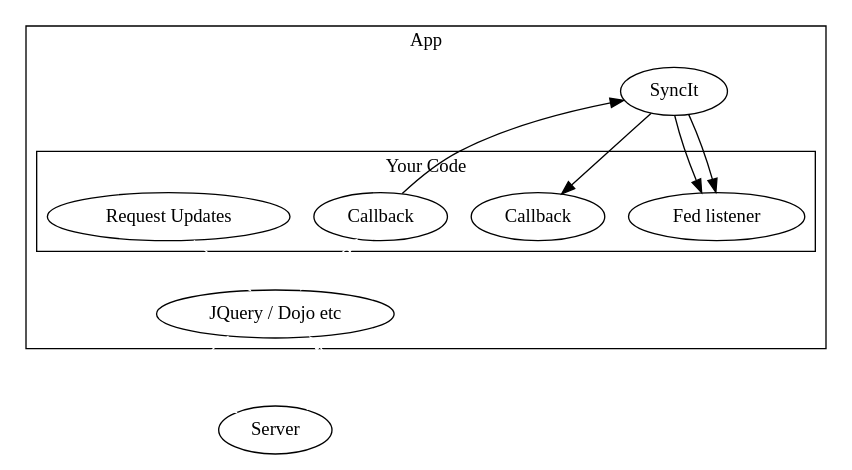
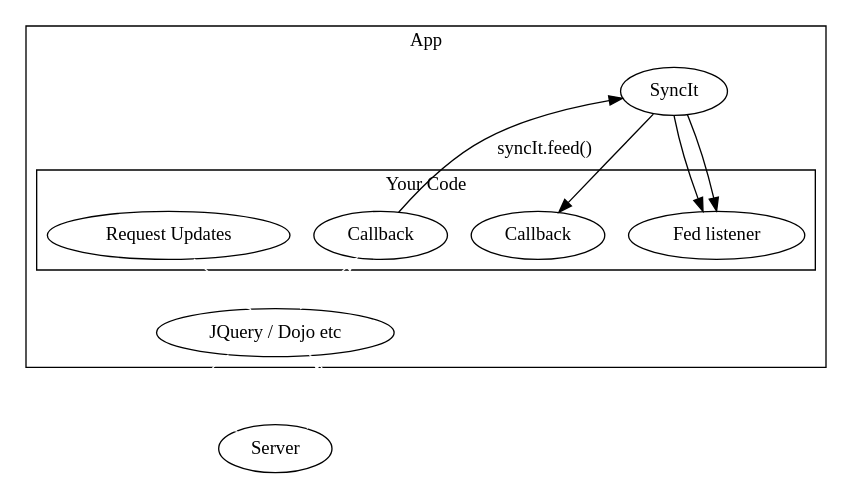
One commit to forbesmyester/SyncIt changed the diagram in README.feed_into_syncit.dot. Above: the diagram before and after it, drawn with Graphviz. The commit also changed 17 other files, not shown here.

```diff
--- a/README.feed_into_syncit.dot
+++ b/README.feed_into_syncit.dot
@@ -1,22 +1,22 @@
 digraph a { 
 	subgraph clusteryourcode {
 		label = "App"
 		subgraph clustersapp {
 			label = "Your Code"
 			App [label="Request Updates", rank=1];
 			JLibCallback [label=Callback]
 			SyncItCallback [label=Callback];
 			SyncItEventHandler [label="Fed listener"];
 		}
 		JLib [label="JQuery / Dojo etc"];
 		SyncIt;
 	}
 	App -> JLib [fontcolor=white, color=white];
 	JLib -> Server [fontcolor=white, color=white, label="XHR? (2 & 3)"];
 	Server -> JLib [fontcolor=white, color=white];
 	JLib -> JLibCallback [fontcolor=white, color=white];
-	JLibCallback -> SyncIt;
+	JLibCallback -> SyncIt [label="syncIt.feed()"];
 	SyncIt -> SyncItCallback;
 	SyncIt -> SyncItEventHandler;
 	SyncIt -> SyncItEventHandler;
 }
```
